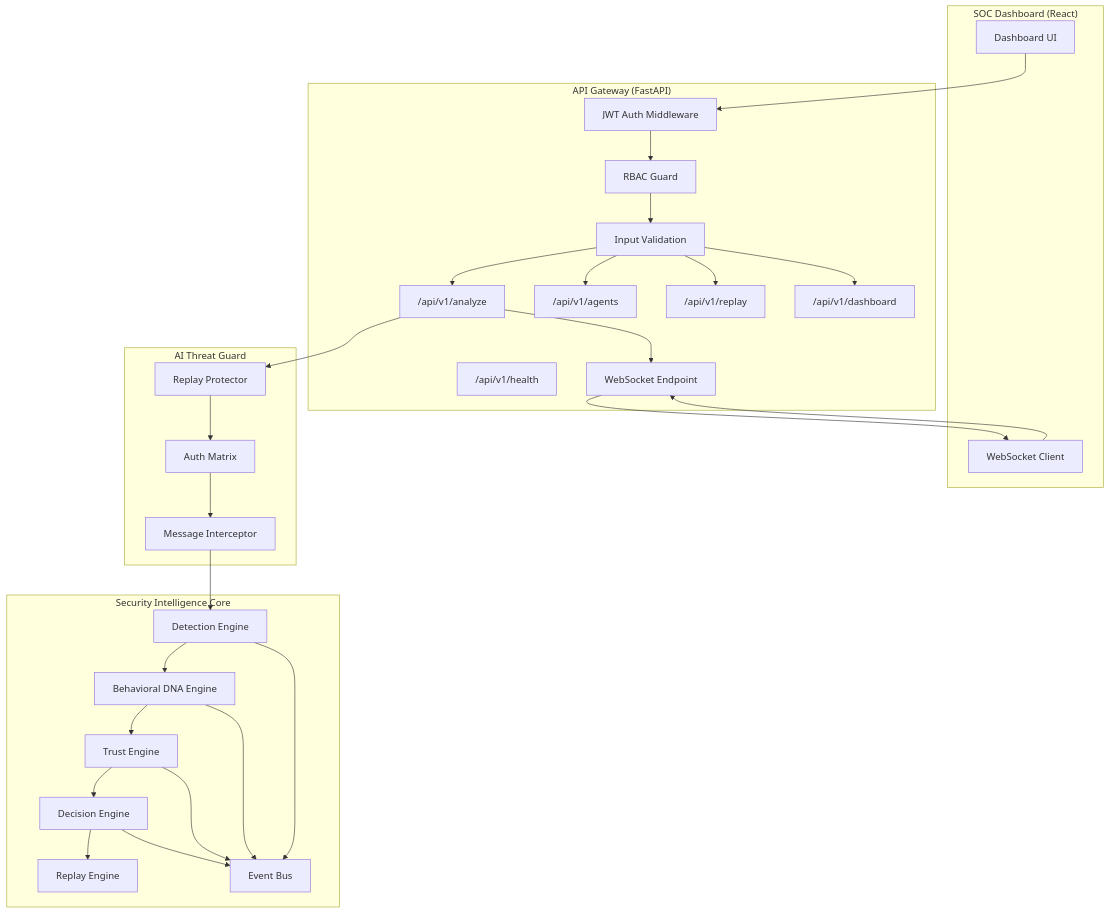
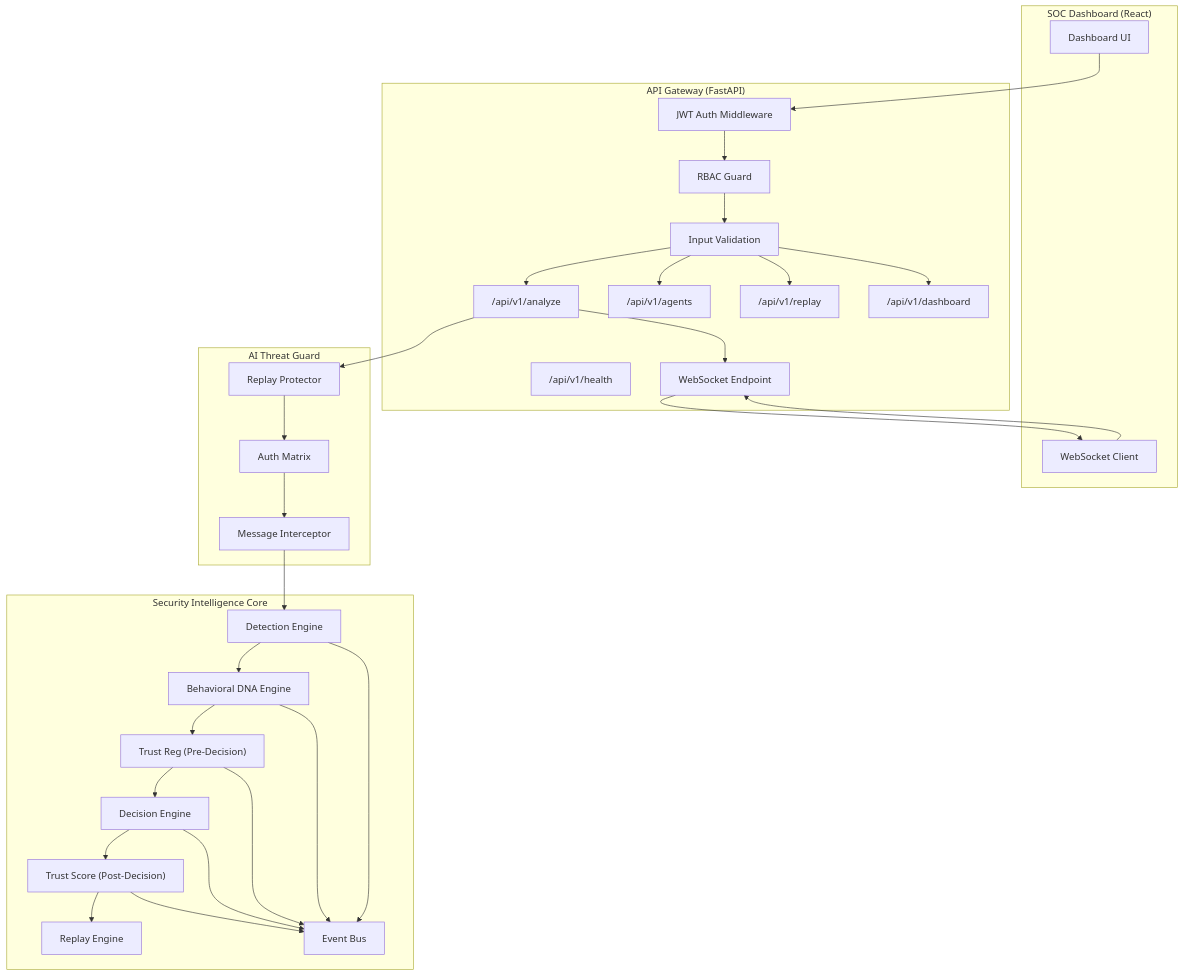
Before and after one commit to Ankit2429/AgentShield: the first of 2 diagrams in README.md, drawn with Mermaid. The commit also changed other lines of this file, not shown here.

Commit message:
docs: align README pipeline list and diagrams to actual 14-step order

````diff
--- a/README.md
+++ b/README.md
@@ -78,52 +83,53 @@
 ```mermaid
 graph TB
     subgraph Frontend["SOC Dashboard (React)"]
         UI[Dashboard UI]
         WS_CLIENT[WebSocket Client]
     end
 
     subgraph API["API Gateway (FastAPI)"]
         AUTH[JWT Auth Middleware]
         RBAC[RBAC Guard]
         VALIDATE[Input Validation]
         ANALYZE["/api/v1/analyze"]
         AGENTS["/api/v1/agents"]
         REPLAY_API["/api/v1/replay"]
         DASH["/api/v1/dashboard"]
         HEALTH["/api/v1/health"]
         WS_EP[WebSocket Endpoint]
     end
 
     subgraph Core["Security Intelligence Core"]
         DET["Detection Engine"]
         DNA["Behavioral DNA Engine"]
-        TRUST["Trust Engine"]
+        TRUST_REG["Trust Reg (Pre-Decision)"]
         DEC["Decision Engine"]
+        TRUST_SCORE["Trust Score (Post-Decision)"]
         REPLAY["Replay Engine"]
         EVENTS["Event Bus"]
     end
 
     subgraph Guard["AI Threat Guard"]
         MATRIX["Auth Matrix"]
         INTERCEPT["Message Interceptor"]
         RP["Replay Protector"]
     end
 
     UI --> AUTH
     WS_CLIENT --> WS_EP
     AUTH --> RBAC --> VALIDATE
     VALIDATE --> ANALYZE
     VALIDATE --> AGENTS
     VALIDATE --> REPLAY_API
     VALIDATE --> DASH
 
-    ANALYZE --> RP --> MATRIX --> INTERCEPT --> DET --> DNA --> TRUST --> DEC
-    DEC --> REPLAY
+    ANALYZE --> RP --> MATRIX --> INTERCEPT --> DET --> DNA --> TRUST_REG --> DEC --> TRUST_SCORE --> REPLAY
     DET --> EVENTS
     DNA --> EVENTS
-    TRUST --> EVENTS
+    TRUST_REG --> EVENTS
+    TRUST_SCORE --> EVENTS
     DEC --> EVENTS
 
     ANALYZE --> WS_EP
     WS_EP --> WS_CLIENT
 ```
````
